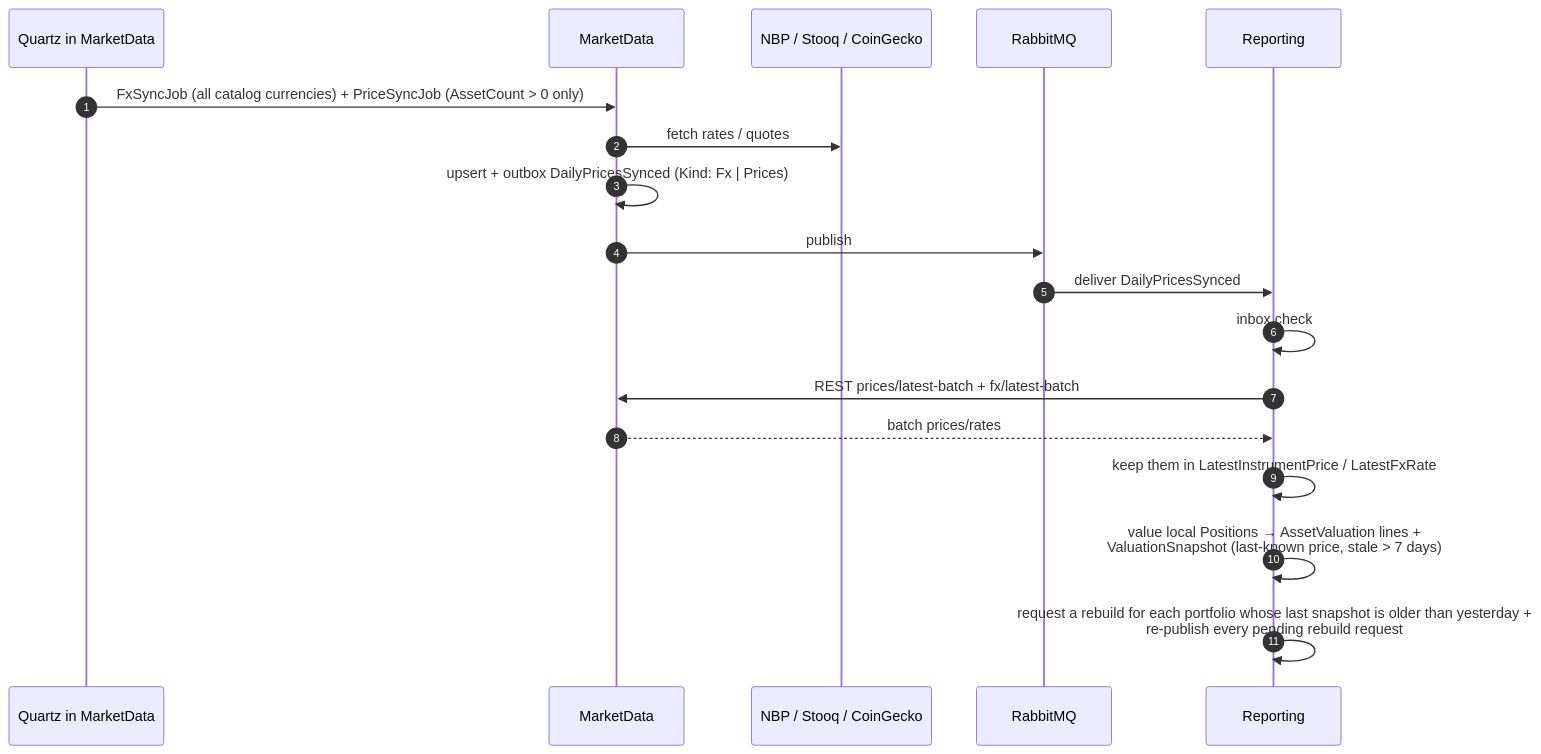
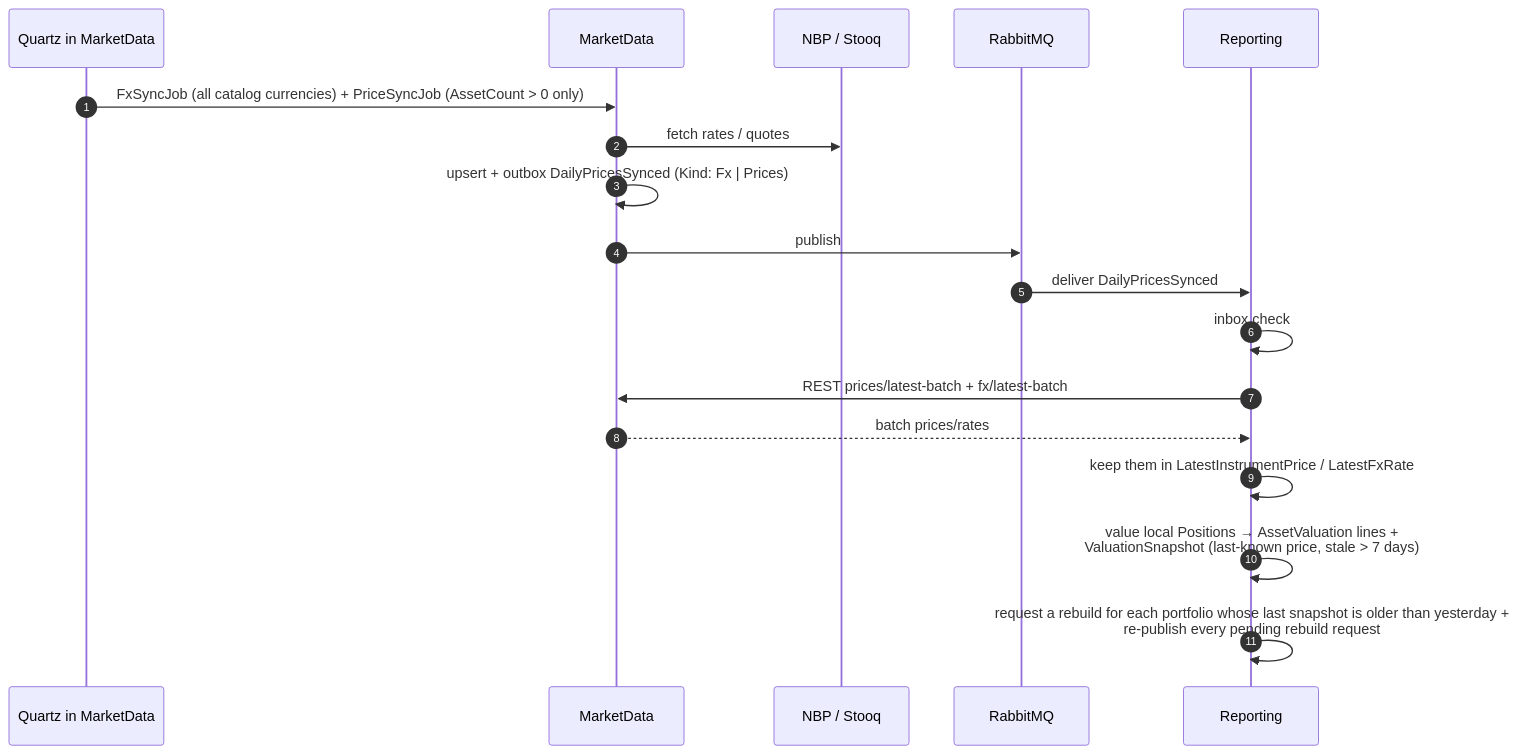
Before and after one commit to Maliniak93/FinMel: the fourth of 7 diagrams in skarbiec-plan/architecture.md, drawn with Mermaid. The commit also changed other lines of this file and 124 other files, not shown here.

````diff
--- a/skarbiec-plan/architecture.md
+++ b/skarbiec-plan/architecture.md
@@ -137,21 +135,21 @@
 ```mermaid
 sequenceDiagram
     autonumber
     participant Q as Quartz in MarketData
     participant MD as MarketData
-    participant EXT as NBP / Stooq / CoinGecko
+    participant EXT as NBP / Stooq
     participant MQ as RabbitMQ
     participant RP as Reporting
 
     Q->>MD: FxSyncJob (all catalog currencies) + PriceSyncJob (AssetCount > 0 only)
     MD->>EXT: fetch rates / quotes
     MD->>MD: upsert + outbox DailyPricesSynced (Kind: Fx | Prices)
     MD->>MQ: publish
     MQ->>RP: deliver DailyPricesSynced
     RP->>RP: inbox check
     RP->>MD: REST prices/latest-batch + fx/latest-batch
     MD-->>RP: batch prices/rates
     RP->>RP: keep them in LatestInstrumentPrice / LatestFxRate
     RP->>RP: value local Positions → AssetValuation lines +<br/>ValuationSnapshot (last-known price, stale > 7 days)
     RP->>RP: request a rebuild for each portfolio whose last snapshot is older than yesterday +<br/>re-publish every pending rebuild request
 ```
````
